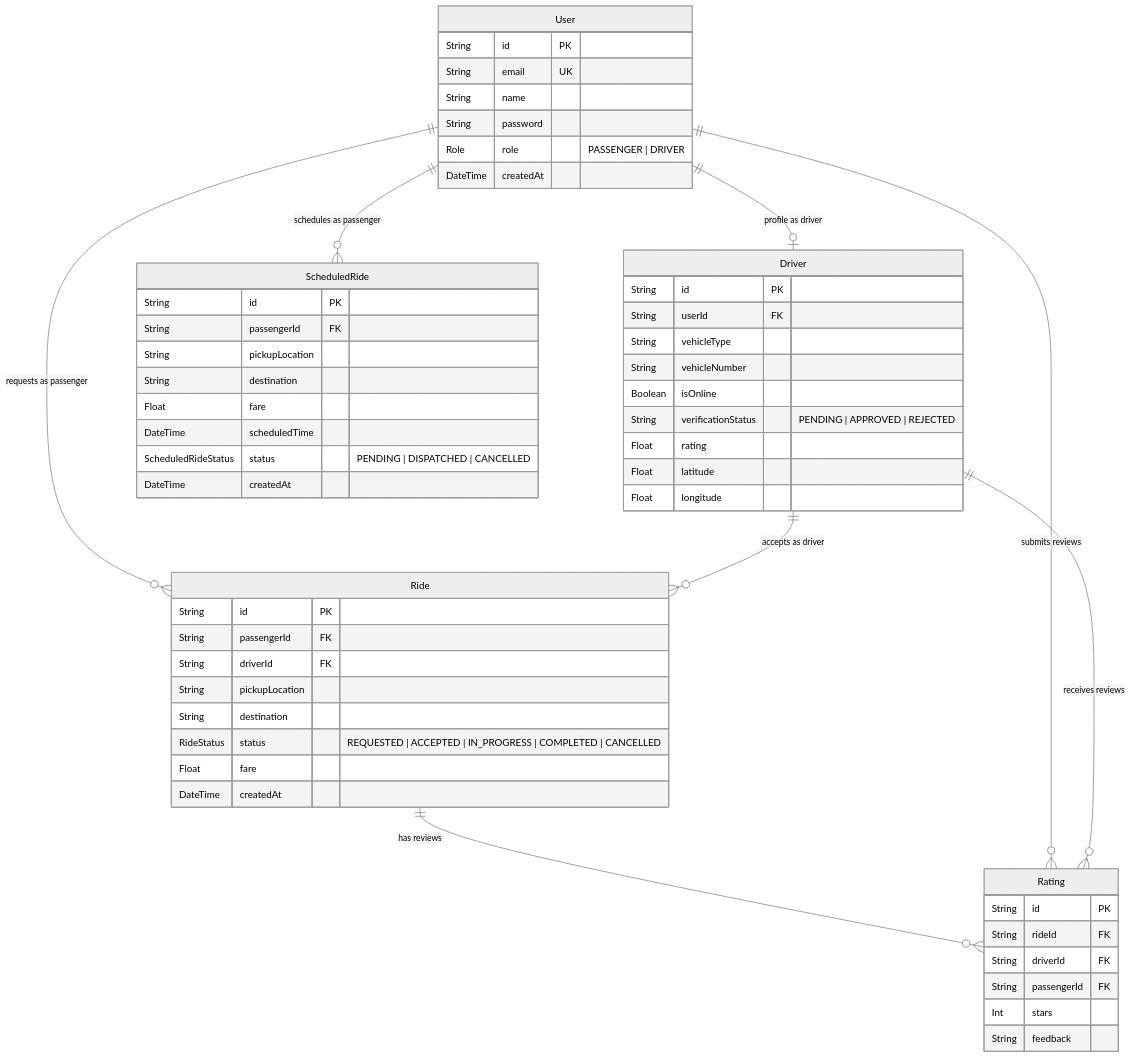
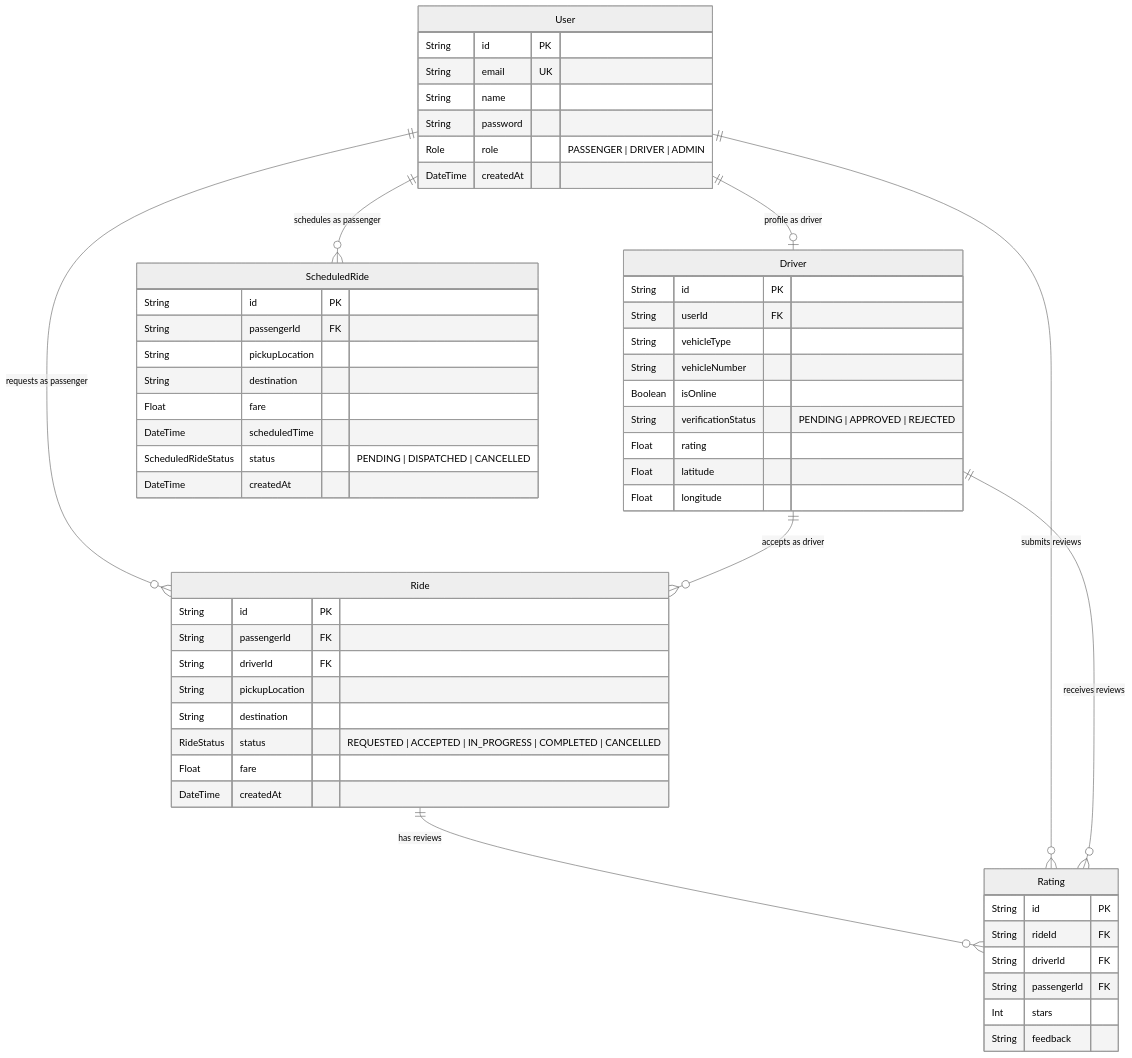
The diagram in docs/db_schema.md (krishna-aga/Rydo), drawn with Mermaid (neutral theme) before and after one commit. The commit also changed other lines of this file and 39 other files, not shown here.

````diff
--- a/docs/db_schema.md
+++ b/docs/db_schema.md
@@ -9,62 +9,62 @@
 ```mermaid
 erDiagram
     User ||--o| Driver : "profile as driver"
     User ||--o{ Ride : "requests as passenger"
     Driver ||--o{ Ride : "accepts as driver"
     Ride ||--o{ Rating : "has reviews"
     User ||--o{ Rating : "submits reviews"
     Driver ||--o{ Rating : "receives reviews"
     User ||--o{ ScheduledRide : "schedules as passenger"
 
     User {
         String id PK
         String email UK
         String name
         String password
-        Role role "PASSENGER | DRIVER"
+        Role role "PASSENGER | DRIVER | ADMIN"
         DateTime createdAt
     }
 
     Driver {
         String id PK
         String userId FK
         String vehicleType
         String vehicleNumber
         Boolean isOnline
         String verificationStatus "PENDING | APPROVED | REJECTED"
         Float rating
         Float latitude
         Float longitude
     }
 
     Ride {
         String id PK
         String passengerId FK
         String driverId FK
         String pickupLocation
         String destination
         RideStatus status "REQUESTED | ACCEPTED | IN_PROGRESS | COMPLETED | CANCELLED"
         Float fare
         DateTime createdAt
     }
 
     Rating {
         String id PK
         String rideId FK
         String driverId FK
         String passengerId FK
         Int stars
         String feedback
     }
 
     ScheduledRide {
         String id PK
         String passengerId FK
         String pickupLocation
         String destination
         Float fare
         DateTime scheduledTime
         ScheduledRideStatus status "PENDING | DISPATCHED | CANCELLED"
         DateTime createdAt
     }
 ```
````
